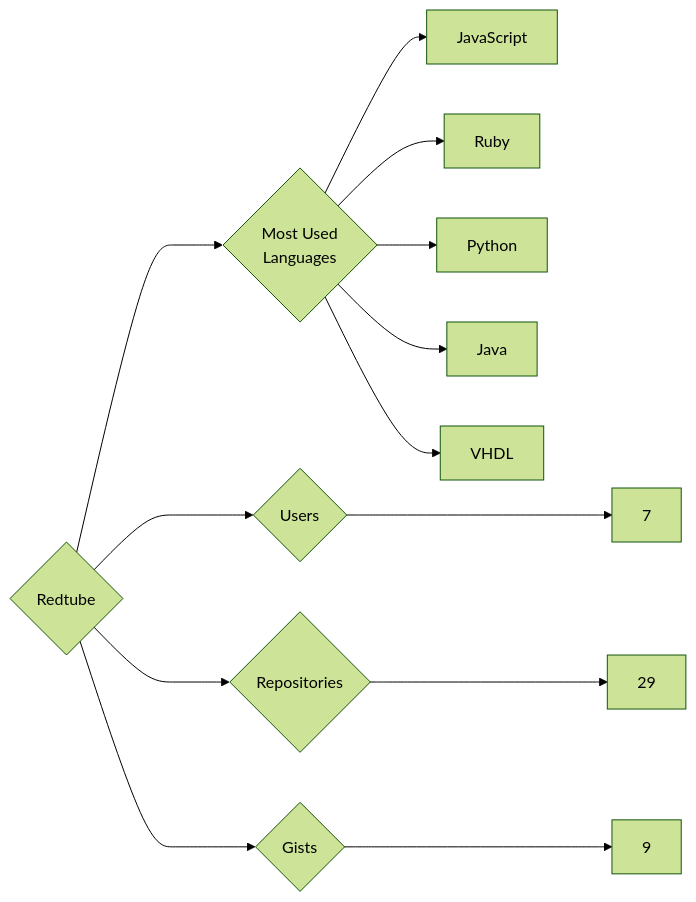
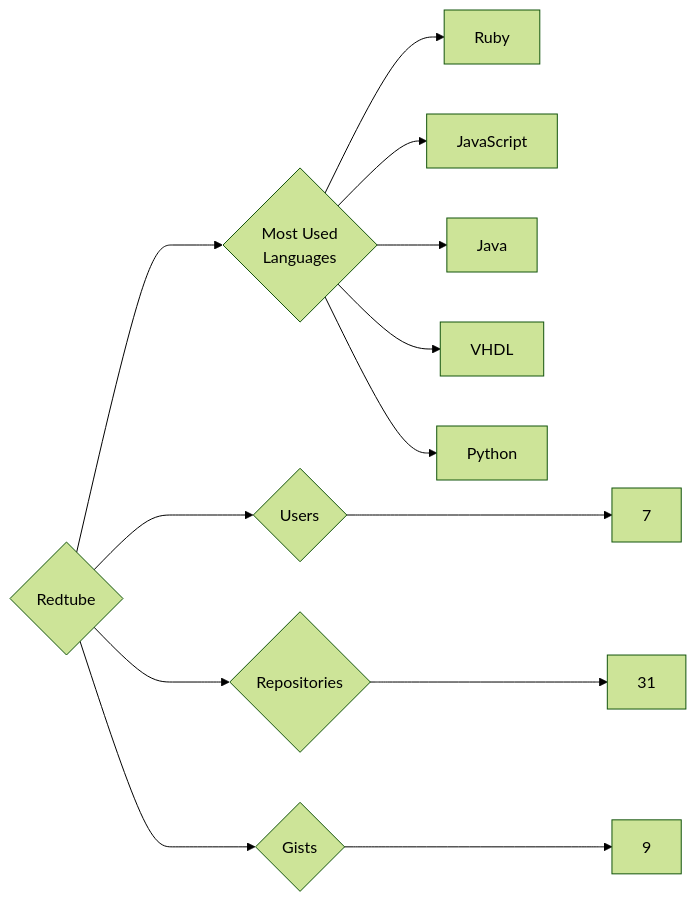
Before and after one commit to trickest/insiders: the diagram in targets/Redtube/README.md, drawn with Mermaid (forest theme). The commit also changed 1011 other files, not shown here.

````diff
--- a/targets/Redtube/README.md
+++ b/targets/Redtube/README.md
@@ -3,13 +3,13 @@
 ```mermaid
 graph LR
 COMPANY_NAME{Redtube}
 COMPANY_NAME ---> U{Users} ---> UN[7]
-COMPANY_NAME ---> R{Repositories} ---> RN[29]
+COMPANY_NAME ---> R{Repositories} ---> RN[31]
 COMPANY_NAME ---> G{Gists} ---> GN[9]
 COMPANY_NAME ---> ML{Most Used<br>Languages}
+ML --> Ruby[Ruby]
 ML --> JavaScript[JavaScript]
-ML --> Ruby[Ruby]
-ML --> Python[Python]
 ML --> Java[Java]
 ML --> VHDL[VHDL]
+ML --> Python[Python]
 ```
````
